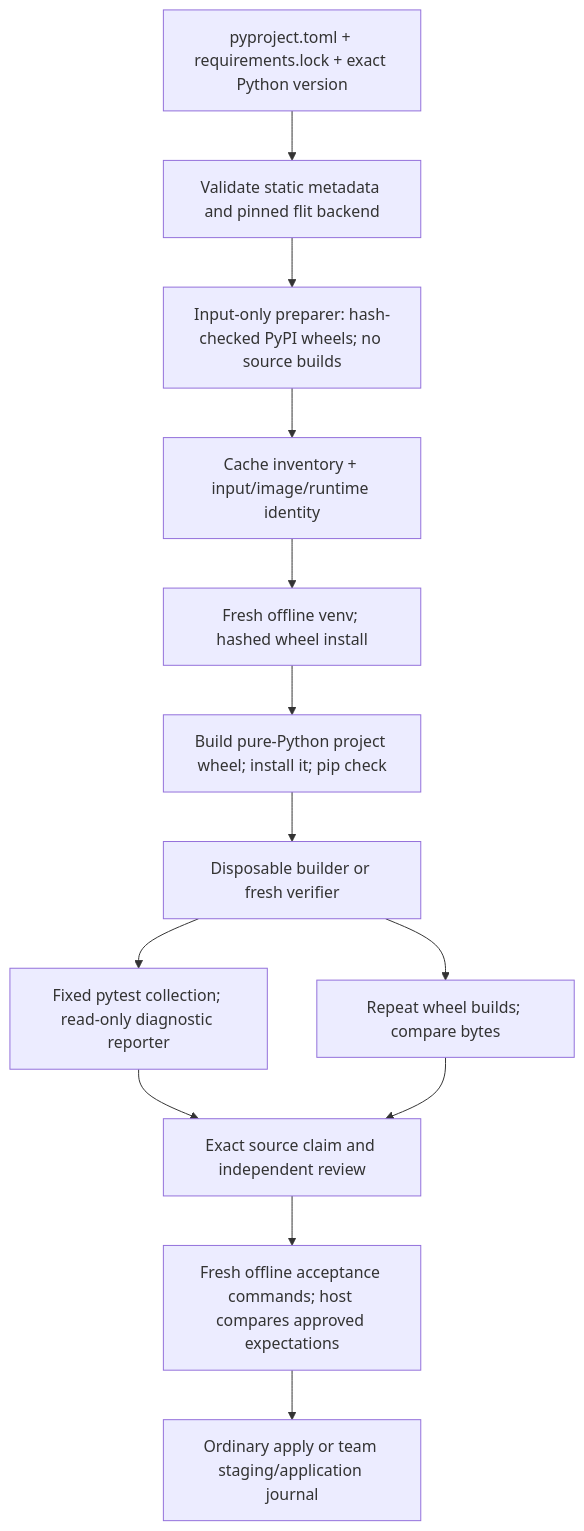
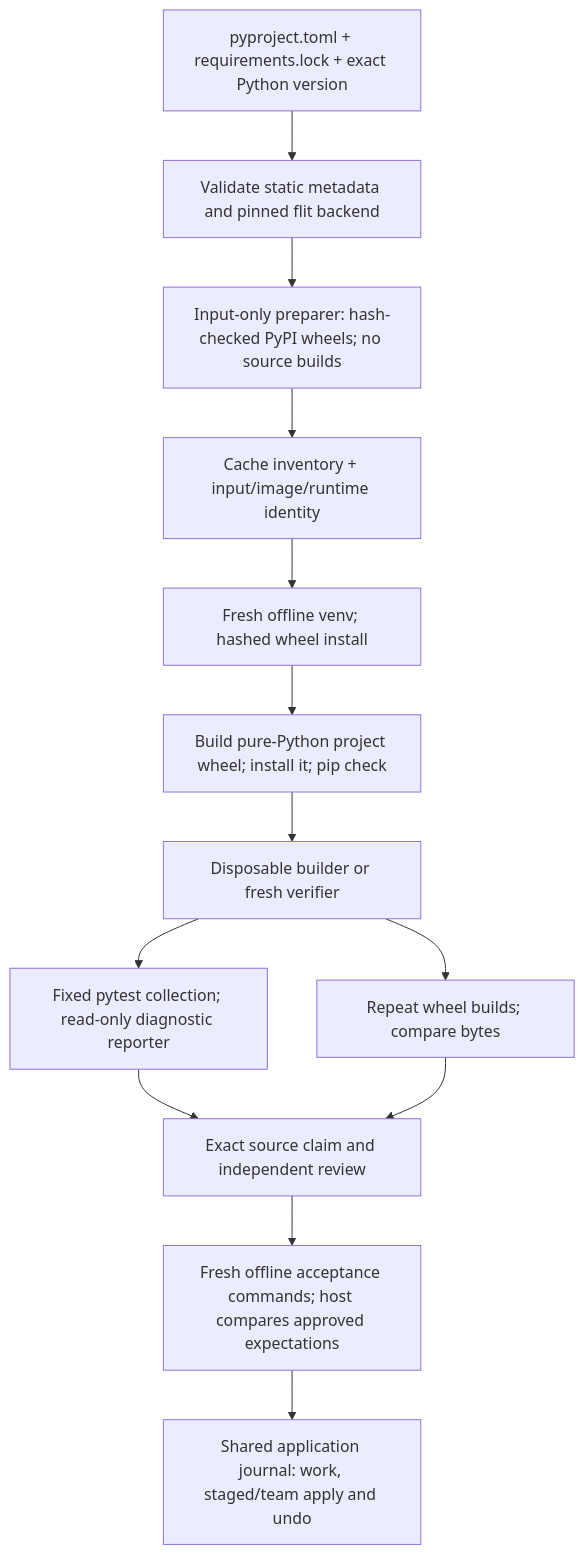
One commit to BleOdel/agent-harness changed the fourth of 33 diagrams in ARCHITECTURE.md. Above: the diagram before and after it, drawn with Mermaid. The commit also changed other lines of this file and 30 other files, not shown here.

Commit message:
Preserve interrupted work and unify application recovery

````diff
--- a/ARCHITECTURE.md
+++ b/ARCHITECTURE.md
@@ -134,15 +134,15 @@
 ```mermaid
 flowchart TD
   P["pyproject.toml + requirements.lock + exact Python version"] --> V["Validate static metadata and pinned flit backend"]
   V --> D["Input-only preparer: hash-checked PyPI wheels; no source builds"]
   D --> K["Cache inventory + input/image/runtime identity"]
   K --> I["Fresh offline venv; hashed wheel install"]
   I --> B["Build pure-Python project wheel; install it; pip check"]
   B --> W["Disposable builder or fresh verifier"]
   W --> T["Fixed pytest collection; read-only diagnostic reporter"]
   W --> R["Repeat wheel builds; compare bytes"]
   T --> C["Exact source claim and independent review"]
   R --> C
   C --> A["Fresh offline acceptance commands; host compares approved expectations"]
-  A --> S["Ordinary apply or team staging/application journal"]
+  A --> S["Shared application journal: work, staged/team apply and undo"]
 ```
````
